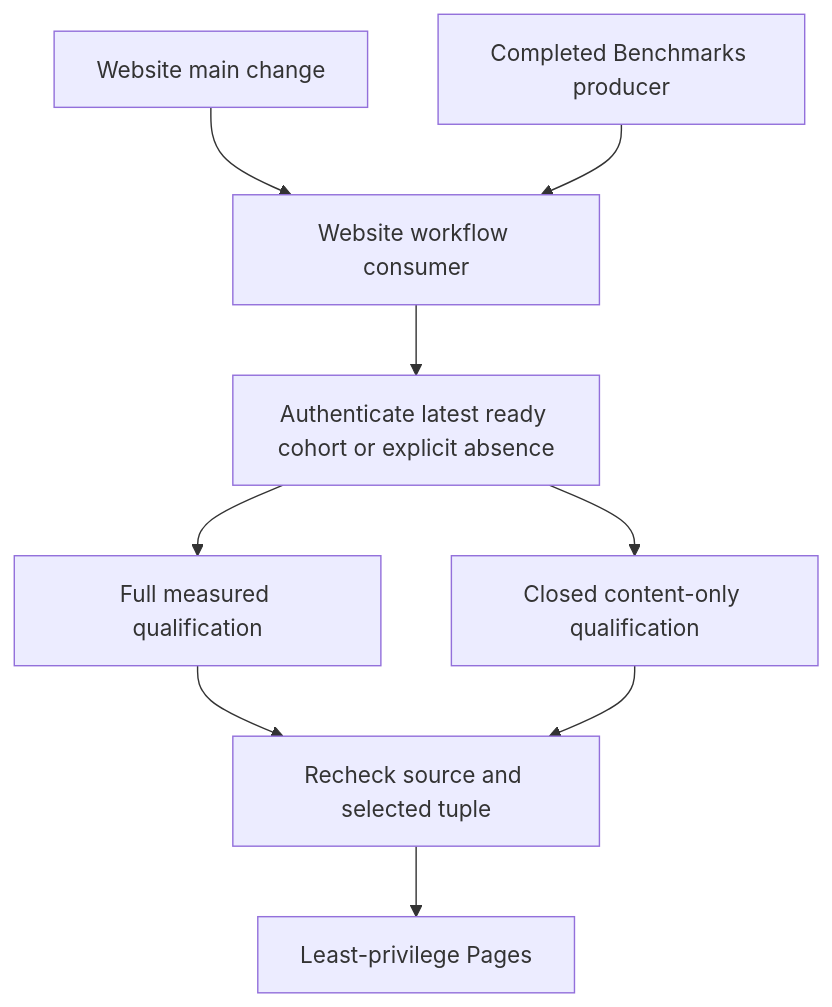
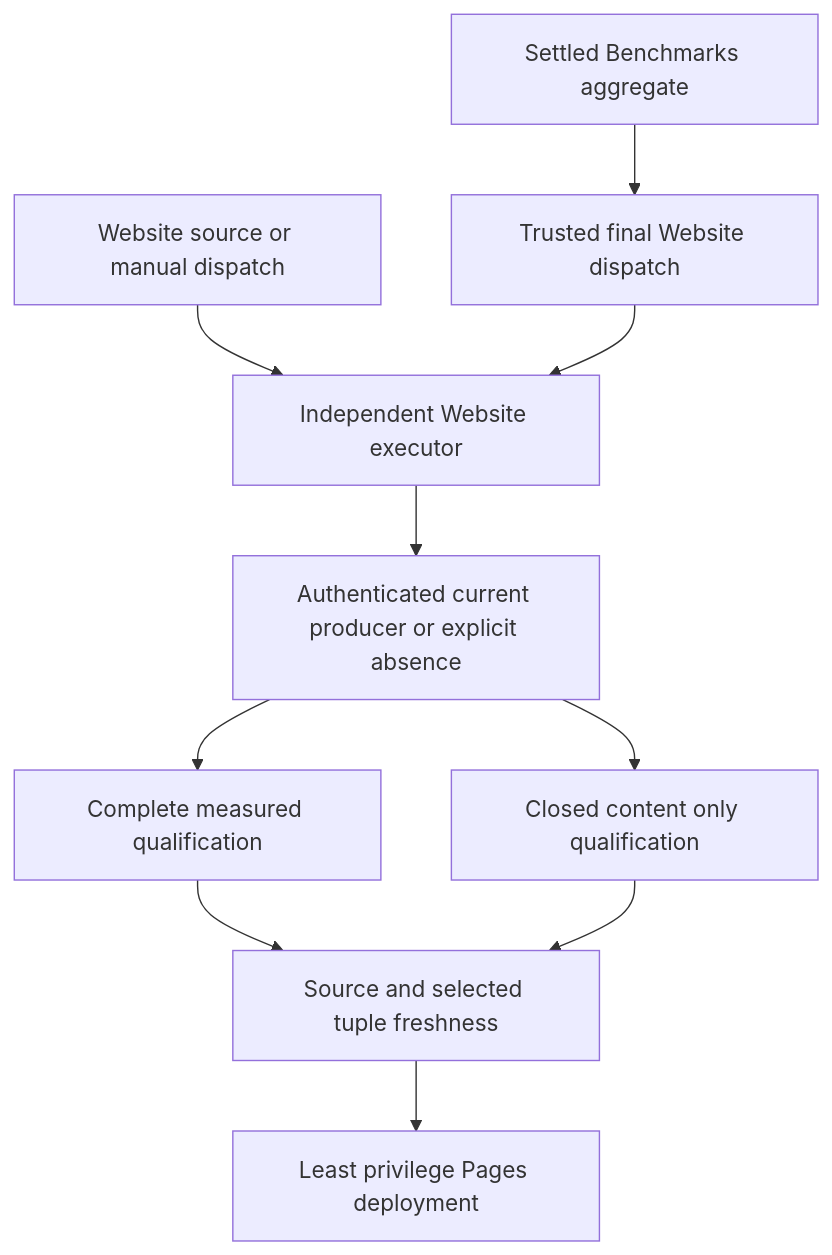
One commit to managedcode/KeyLoad changed the diagram in docs/ADR/ADR-112-independent-website-publication.md. Above: the diagram before and after it, drawn with Mermaid. The commit also changed other lines of this file and 440 other files, not shown here.

````diff
--- a/docs/ADR/ADR-112-independent-website-publication.md
+++ b/docs/ADR/ADR-112-independent-website-publication.md
@@ -80,11 +68,12 @@
 ```mermaid
 flowchart TD
-  Push[Website main change] --> Consumer[Website workflow consumer]
-  JSON[Completed Benchmarks producer] --> Consumer
-  Consumer --> Select[Authenticate latest ready cohort or explicit absence]
-  Select --> Measured[Full measured qualification]
-  Select --> Empty[Closed content-only qualification]
-  Measured --> Fresh[Recheck source and selected tuple]
-  Empty --> Fresh
-  Fresh --> Deploy[Least-privilege Pages]
+    Push[Website source or manual dispatch] --> Website[Independent Website executor]
+    Benchmarks[Settled Benchmarks aggregate] --> Trigger[Trusted final Website dispatch]
+    Trigger --> Website
+    Website --> Select[Authenticated current producer or explicit absence]
+    Select --> Measured[Complete measured qualification]
+    Select --> Empty[Closed content only qualification]
+    Measured --> Fresh[Source and selected tuple freshness]
+    Empty --> Fresh
+    Fresh --> Pages[Least privilege Pages deployment]
 ```
````
